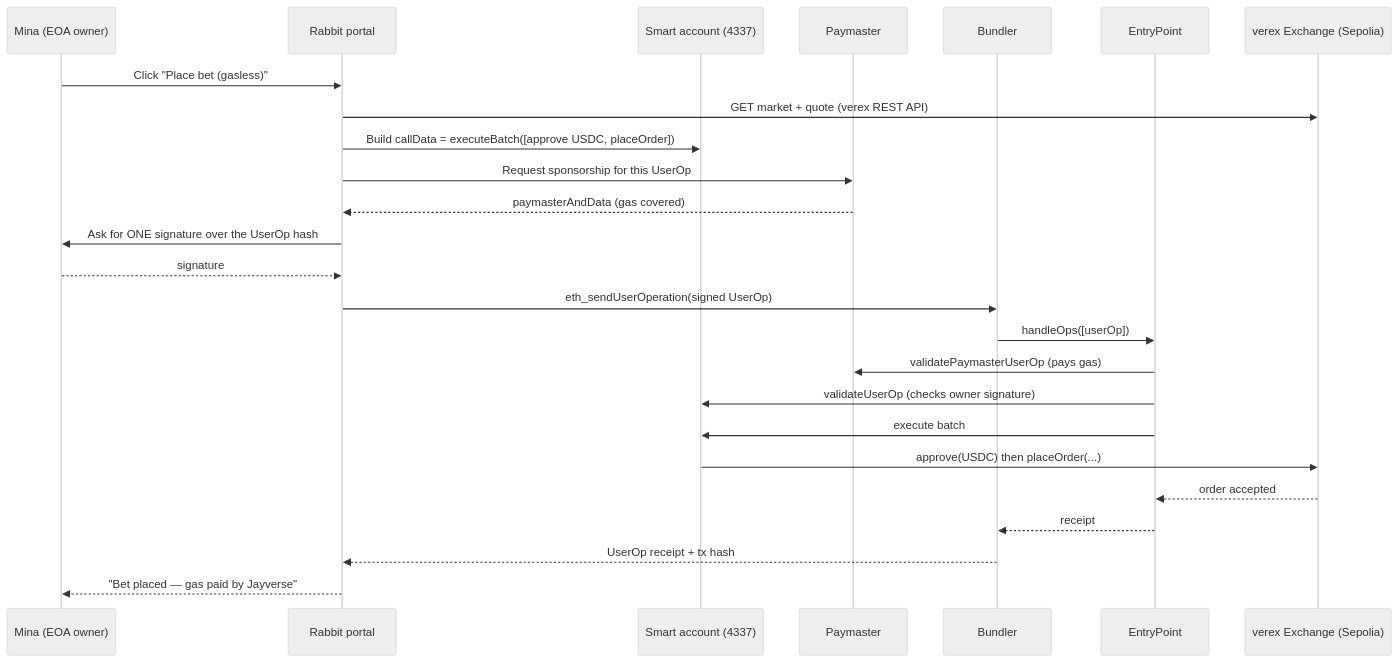
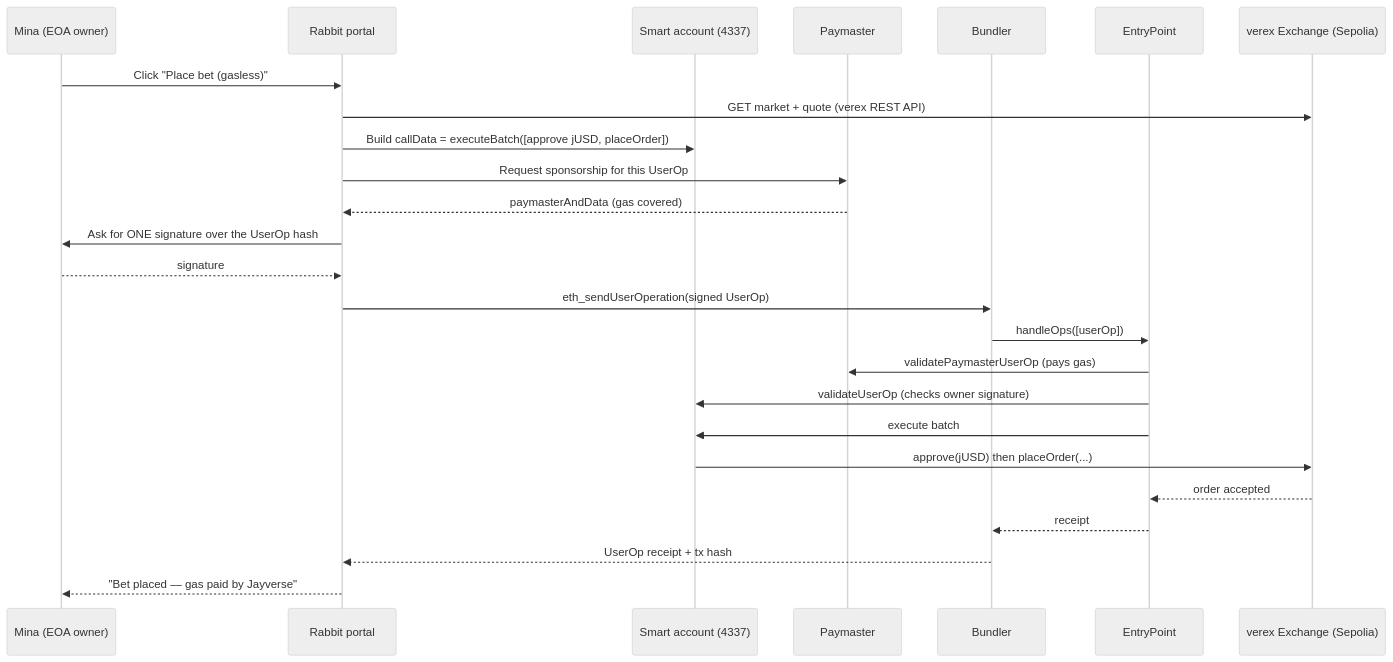
The diagram in docs/features/jayverse-rabbit.md (linked0/alice), drawn with Mermaid (neutral theme) before and after one commit. The commit also changed other lines of this file and 62 other files, not shown here.

First line of the commit message:
docs: jUSD replaces USDC in designs; landing page keeps one Verex Docs card; notes #55

````diff
--- a/docs/features/jayverse-rabbit.md
+++ b/docs/features/jayverse-rabbit.md
@@ -102,28 +102,28 @@
 ```mermaid
 sequenceDiagram
     participant U as Mina (EOA owner)
     participant R as Rabbit portal
     participant SA as Smart account (4337)
     participant PM as Paymaster
     participant B as Bundler
     participant EP as EntryPoint
     participant VX as verex Exchange (Sepolia)
 
     U->>R: Click "Place bet (gasless)"
     R->>VX: GET market + quote (verex REST API)
-    R->>SA: Build callData = executeBatch([approve USDC, placeOrder])
+    R->>SA: Build callData = executeBatch([approve jUSD, placeOrder])
     R->>PM: Request sponsorship for this UserOp
     PM-->>R: paymasterAndData (gas covered)
     R->>U: Ask for ONE signature over the UserOp hash
     U-->>R: signature
     R->>B: eth_sendUserOperation(signed UserOp)
     B->>EP: handleOps([userOp])
     EP->>PM: validatePaymasterUserOp (pays gas)
     EP->>SA: validateUserOp (checks owner signature)
     EP->>SA: execute batch
-    SA->>VX: approve(USDC) then placeOrder(...)
+    SA->>VX: approve(jUSD) then placeOrder(...)
     VX-->>EP: order accepted
     EP-->>B: receipt
     B-->>R: UserOp receipt + tx hash
     R-->>U: "Bet placed — gas paid by Jayverse"
 ```
````
